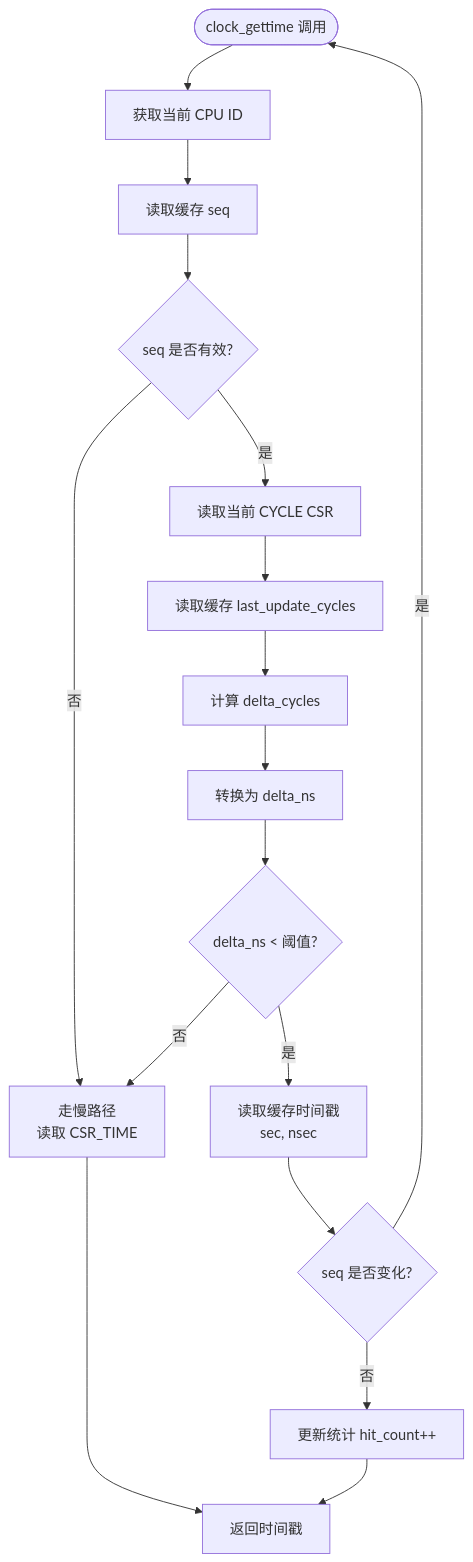
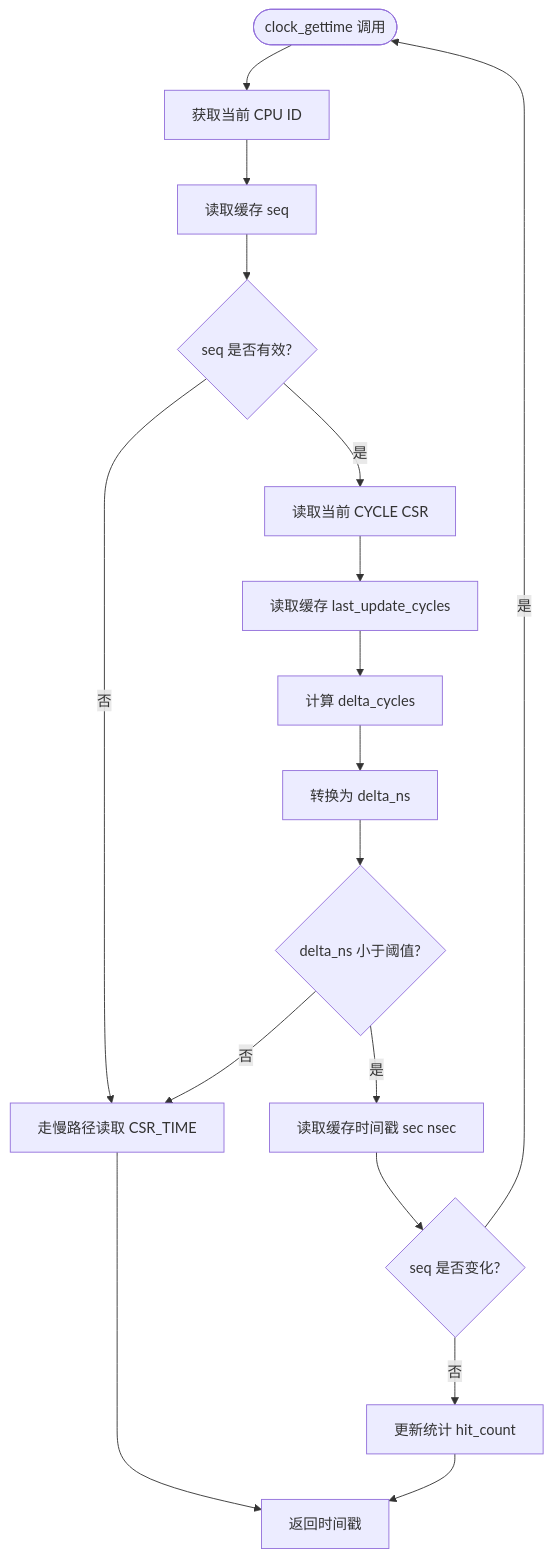
Before and after one commit to zcxGGmu/linux-riscv-docs: the fifth of 8 diagrams in kernel/vdso/res/cc-glm/use-subagents/RISC-V_vDSO_时间戳缓存优化方案_完整版.md, drawn with Mermaid. The commit also changed other lines of this file, not shown here.

First line of the commit message:
docs: fix Mermaid diagrams for GitHub compatibility

````diff
--- a/kernel/vdso/res/cc-glm/use-subagents/RISC-V_vDSO_时间戳缓存优化方案_完整版.md
+++ b/kernel/vdso/res/cc-glm/use-subagents/RISC-V_vDSO_时间戳缓存优化方案_完整版.md
@@ -565,19 +565,19 @@
 ```mermaid
 flowchart TD
     Start([clock_gettime 调用]) --> GetCPU[获取当前 CPU ID]
     GetCPU --> ReadCacheSeq[读取缓存 seq]
     ReadCacheSeq --> CheckSeq{seq 是否有效?}
-    CheckSeq -->|否| Fallback[走慢路径<br/>读取 CSR_TIME]
+    CheckSeq -->|否| Fallback[走慢路径读取 CSR_TIME]
     CheckSeq -->|是| ReadCycle[读取当前 CYCLE CSR]
     ReadCycle --> ReadUpdateCycle[读取缓存 last_update_cycles]
     ReadUpdateCycle --> CalcDelta[计算 delta_cycles]
     CalcDelta --> CalcDeltaNS[转换为 delta_ns]
-    CalcDeltaNS --> CheckFresh{delta_ns < 阈值?}
+    CalcDeltaNS --> CheckFresh{delta_ns 小于阈值?}
     CheckFresh -->|否| Fallback
-    CheckFresh -->|是| ReadCacheData[读取缓存时间戳<br/>sec, nsec]
+    CheckFresh -->|是| ReadCacheData[读取缓存时间戳 sec nsec]
     ReadCacheData --> CheckRetry{seq 是否变化?}
     CheckRetry -->|是| Start
-    CheckRetry -->|否| UpdateStats[更新统计 hit_count++]
+    CheckRetry -->|否| UpdateStats[更新统计 hit_count]
     UpdateStats --> ReturnTime[返回时间戳]
     Fallback --> ReturnTime
 ```
````
